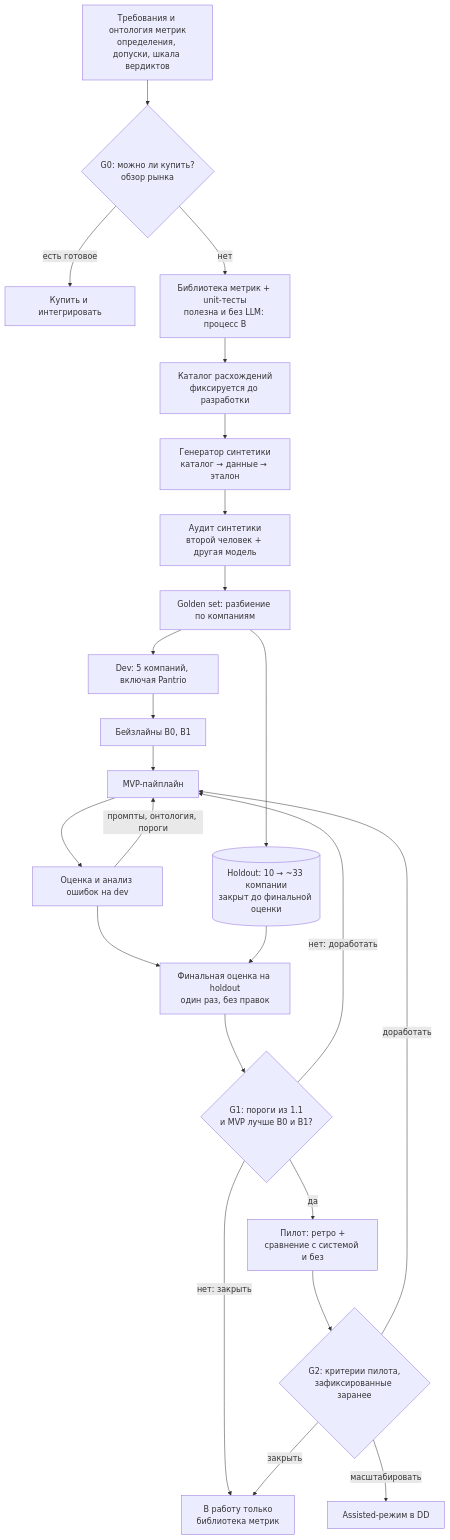
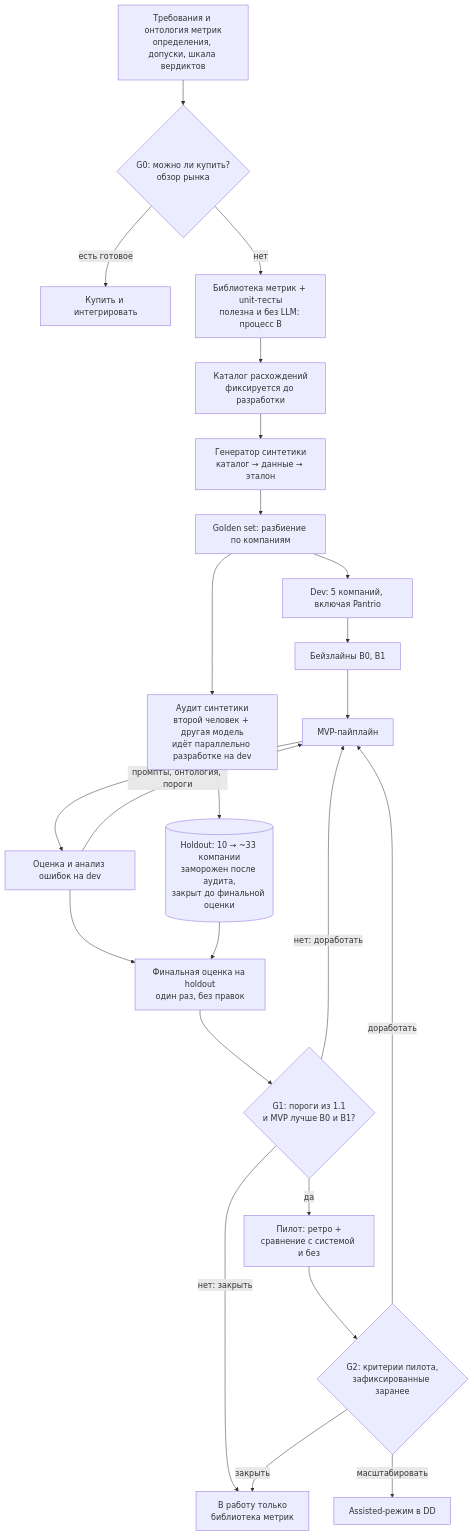
Before and after one commit to gumaonelove/itmo-mlsd: the first of 5 diagrams in docs/ml_system_design_doc.md, drawn with Mermaid. The commit also changed other lines of this file and 4 other files, not shown here.

````diff
--- a/docs/ml_system_design_doc.md
+++ b/docs/ml_system_design_doc.md
@@ -358,26 +358,26 @@
 ```mermaid
 flowchart TD
     A["Требования и онтология метрик<br/>определения, допуски, шкала вердиктов"] --> G0{"G0: можно ли купить?<br/>обзор рынка"}
     G0 -- "есть готовое" --> BUY["Купить и интегрировать"]
     G0 -- "нет" --> LIB["Библиотека метрик + unit-тесты<br/>полезна и без LLM: процесс B"]
     LIB --> CAT["Каталог расхождений<br/>фиксируется до разработки"]
     CAT --> SYN["Генератор синтетики<br/>каталог → данные → эталон"]
-    SYN --> AUD["Аудит синтетики<br/>второй человек + другая модель"]
-    AUD --> SPLIT["Golden set: разбиение по компаниям"]
+    SYN --> SPLIT["Golden set: разбиение по компаниям"]
     SPLIT --> DEV["Dev: 5 компаний, включая Pantrio"]
-    SPLIT --> HO[("Holdout: 10 → ~33 компании<br/>закрыт до финальной оценки")]
+    SPLIT --> AUD["Аудит синтетики<br/>второй человек + другая модель<br/>идёт параллельно разработке на dev"]
+    AUD --> HO[("Holdout: 10 → ~33 компании<br/>заморожен после аудита,<br/>закрыт до финальной оценки")]
     DEV --> BL["Бейзлайны B0, B1"]
     BL --> MVP["MVP-пайплайн"]
     MVP --> EV["Оценка и анализ ошибок на dev"]
     EV -- "промпты, онтология, пороги" --> MVP
     EV --> FIN["Финальная оценка на holdout<br/>один раз, без правок"]
     HO --> FIN
     FIN --> G1{"G1: пороги из 1.1<br/>и MVP лучше B0 и B1?"}
     G1 -- "нет: доработать" --> MVP
     G1 -- "нет: закрыть" --> ONLYB["В работу только<br/>библиотека метрик"]
     G1 -- "да" --> PIL["Пилот: ретро +<br/>сравнение с системой и без"]
     PIL --> G2{"G2: критерии пилота,<br/>зафиксированные заранее"}
     G2 -- "доработать" --> MVP
     G2 -- "масштабировать" --> ASS["Assisted-режим в DD"]
     G2 -- "закрыть" --> ONLYB
 ```
````
